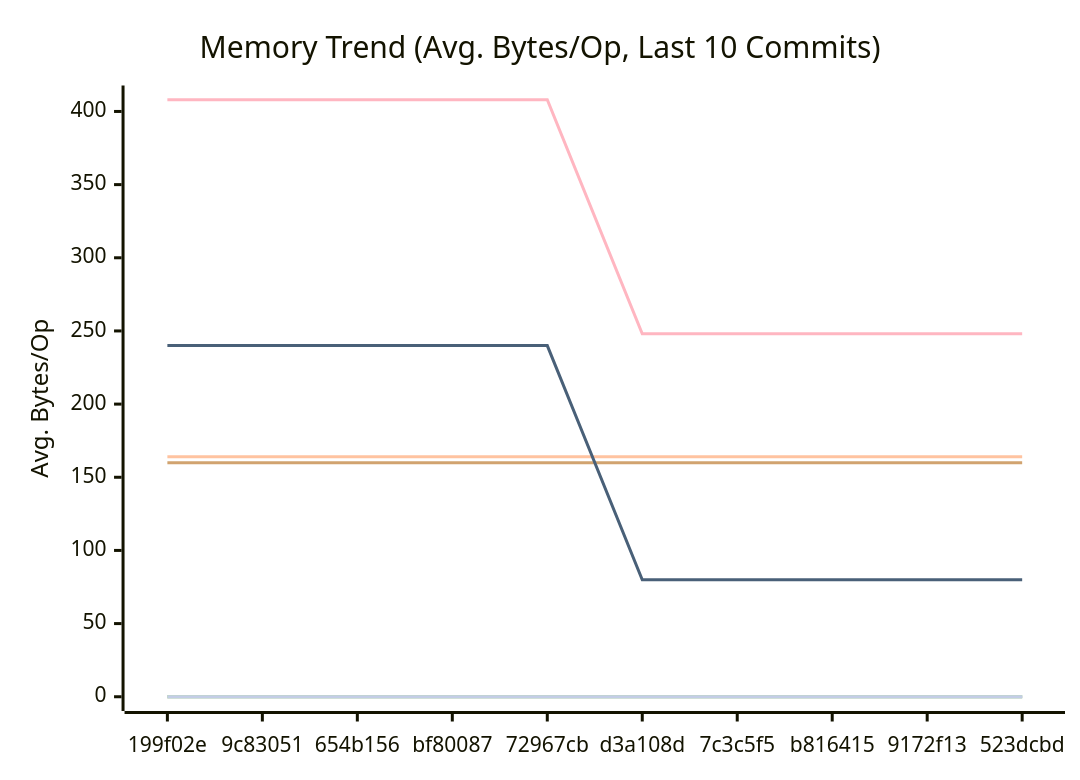
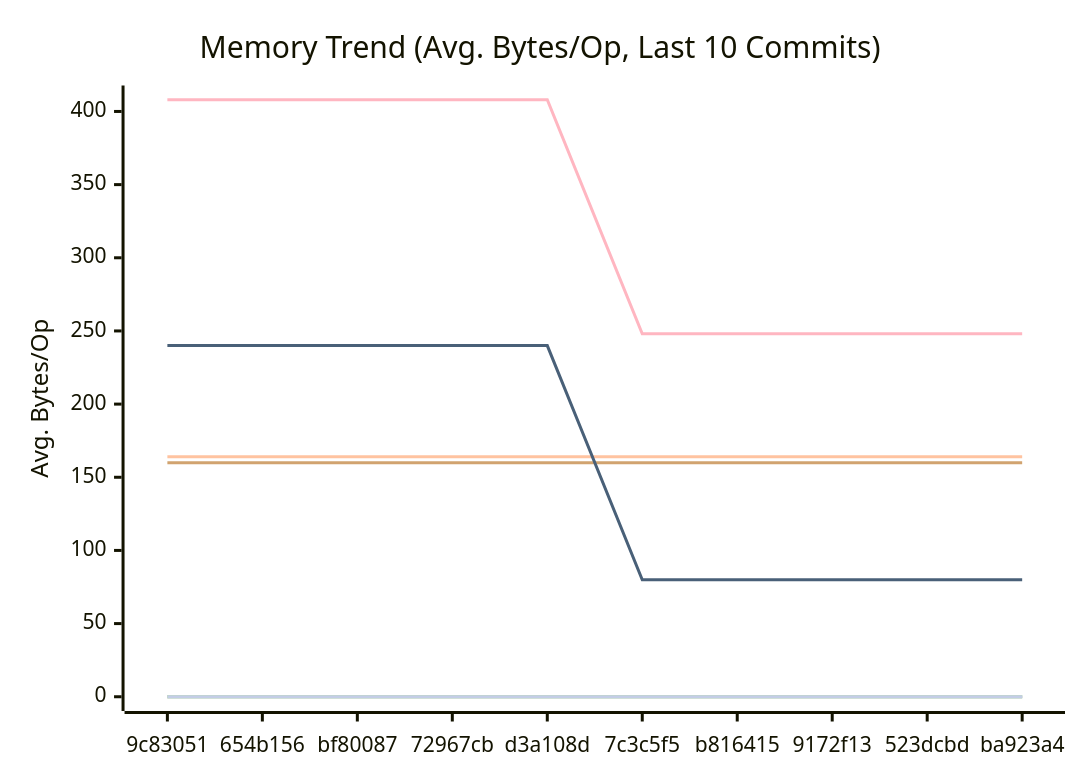
The second of 3 diagrams in docs/PERFORMANCE.md (alsotoes/momo), drawn with Mermaid before and after one commit. The commit also changed other lines of this file and 2 other files, not shown here.

````diff
--- a/docs/PERFORMANCE.md
+++ b/docs/PERFORMANCE.md
@@ -97,16 +97,16 @@
 ```mermaid
 xychart-beta
     title "Memory Trend (Avg. Bytes/Op, Last 10 Commits)"
     x-axis "Commit"
     y-axis "Avg. Bytes/Op"
-    x-axis [199f02e,9c83051,654b156,bf80087,72967cb,d3a108d,7c3c5f5,b816415,9172f13,523dcbd]
+    x-axis [9c83051,654b156,bf80087,72967cb,d3a108d,7c3c5f5,b816415,9172f13,523dcbd,ba923a4]
     line "CheckMetricsAndSwap" [0,0,0,0,0,0,0,0,0,0]
     line "CrushOptimized" [0,0,0,0,0,0,0,0,0,0]
     line "CrushOriginal" [164,164,164,164,164,164,164,164,164,164]
     line "IndexDirectTracking" [0,0,0,0,0,0,0,0,0,0]
     line "IndexSearch" [0,0,0,0,0,0,0,0,0,0]
     line "LoadGlobalConfig" [160,160,160,160,160,160,160,160,160,160]
     line "PadString" [0,0,0,0,0,0,0,0,0,0]
     line "ParseReplicationOrder_NoPrealloc" [408,408,408,408,408,248,248,248,248,248]
     line "ParseReplicationOrder_Prealloc" [240,240,240,240,240,80,80,80,80,80]
 ```
````
